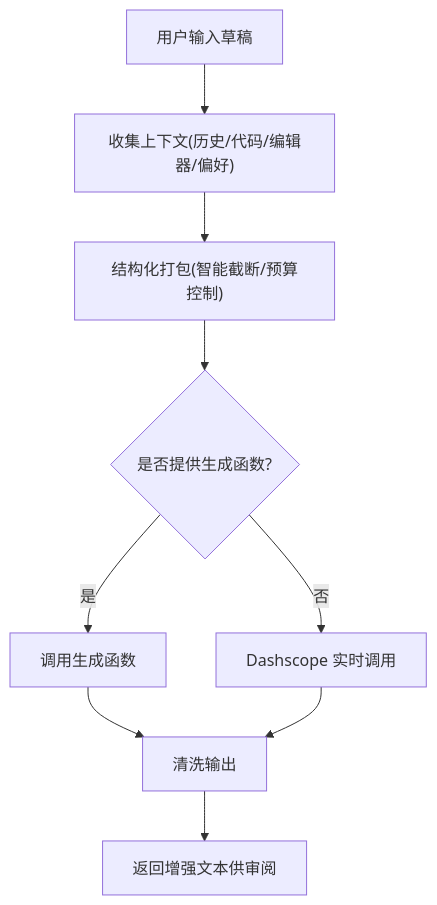
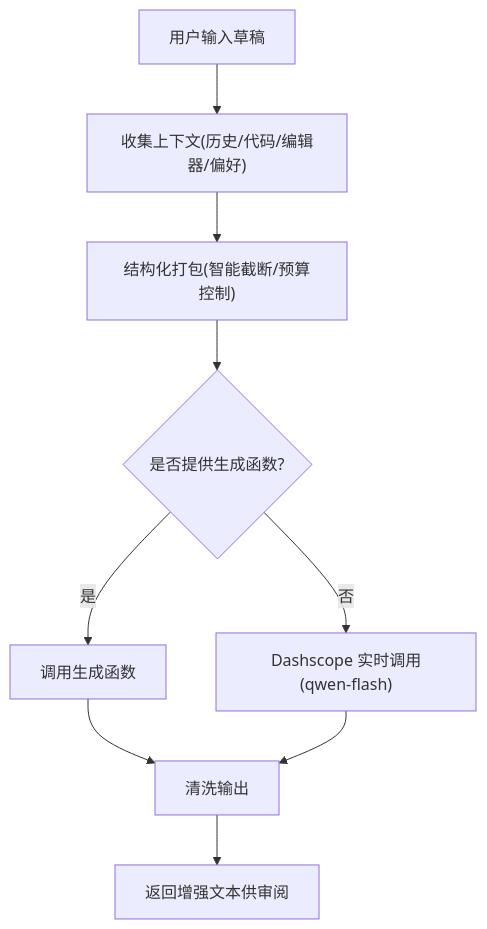
Before and after one commit to WyRainBow/PromptCocoPilot: the seventh of 7 diagrams in .qoder/repowiki/zh/content/核心架构/增强引擎.md, drawn with Mermaid. The commit also changed other lines of this file and 57 other files, not shown here.

````diff
--- a/.qoder/repowiki/zh/content/核心架构/增强引擎.md
+++ b/.qoder/repowiki/zh/content/核心架构/增强引擎.md
@@ -394,11 +403,11 @@
 ```mermaid
 flowchart TD
 A["用户输入草稿"] --> B["收集上下文(历史/代码/编辑器/偏好)"]
 B --> C["结构化打包(智能截断/预算控制)"]
 C --> D{"是否提供生成函数?"}
 D --> |是| E["调用生成函数"]
-D --> |否| F["Dashscope 实时调用"]
+D --> |否| F["Dashscope 实时调用(qwen-flash)"]
 E --> G["清洗输出"]
 F --> G
 G --> H["返回增强文本供审阅"]
 ```
````
